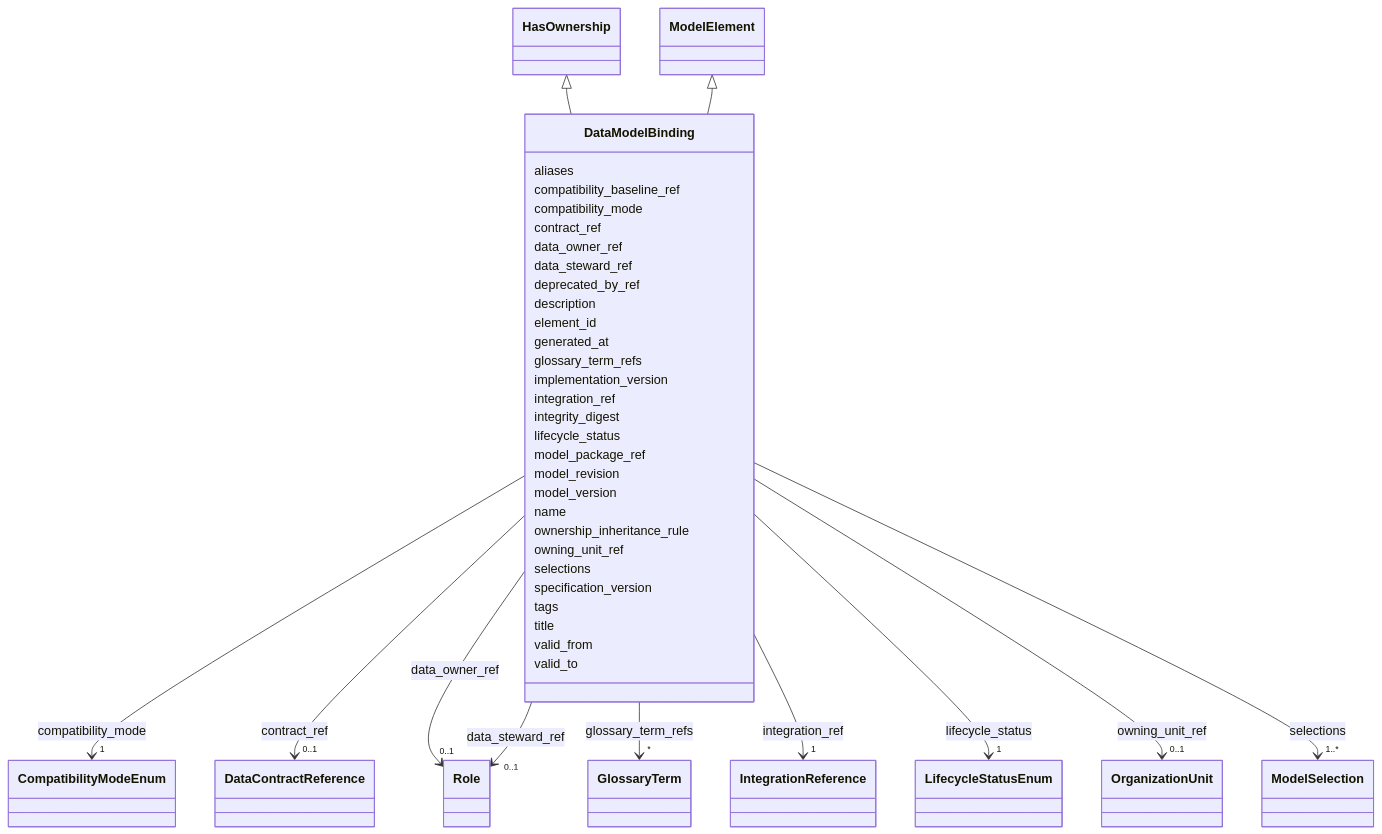
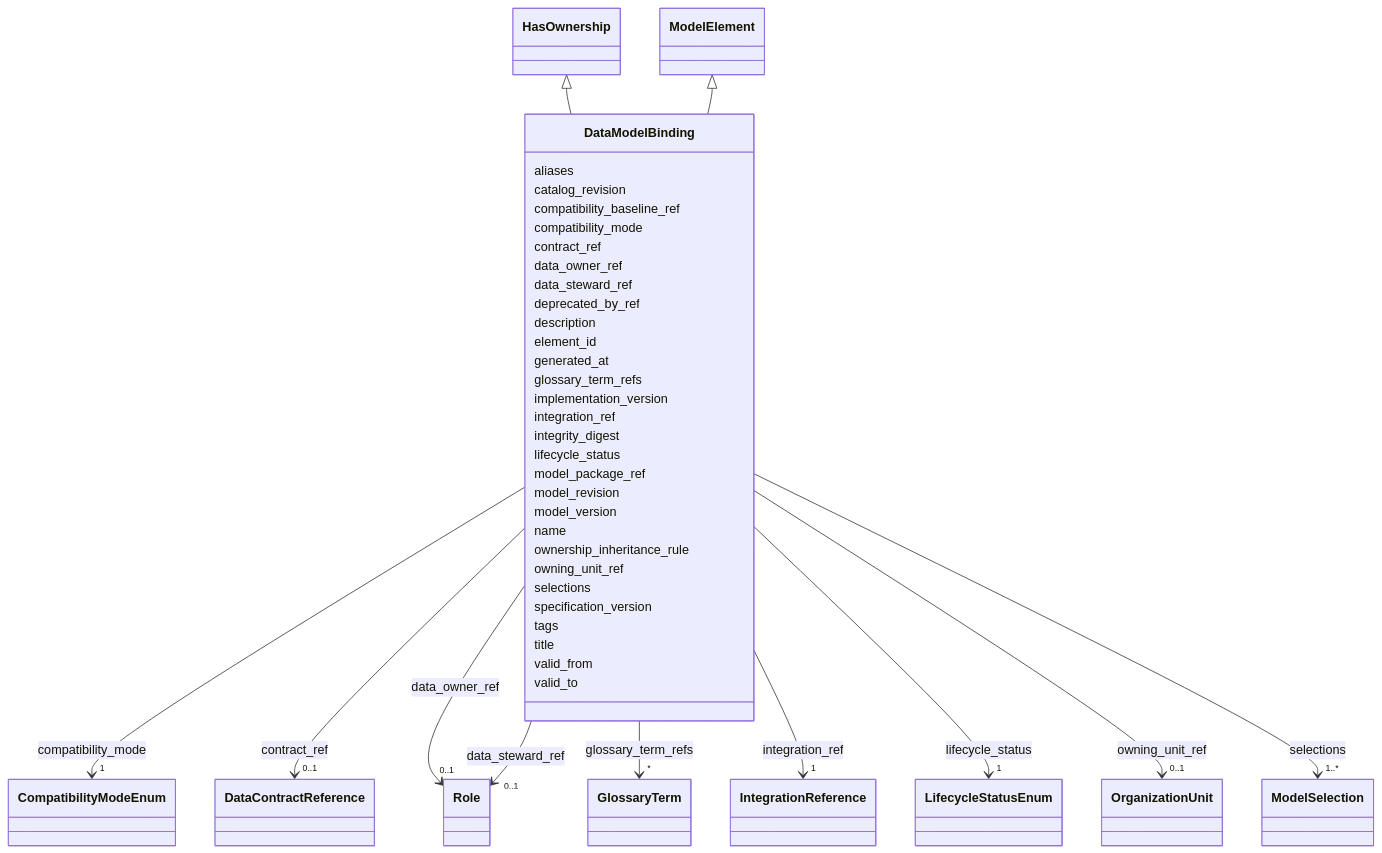
Before and after one commit to oista/moex-data-model: the diagram in generated/artifacts/moex-dams/0.1/diagrams/DataModelBinding.md, drawn with Mermaid. The commit also changed 27 other files, not shown here.

First line of the commit message:
feat(schema): additive topology ownership slots and moex-topology (PR-1)

```diff
--- a/generated/artifacts/moex-dams/0.1/diagrams/DataModelBinding.md
+++ b/generated/artifacts/moex-dams/0.1/diagrams/DataModelBinding.md
@@ -11,6 +11,8 @@
         click ModelElement href "../ModelElement"
       
       DataModelBinding : aliases
+        
+      DataModelBinding : catalog_revision
         
       DataModelBinding : compatibility_baseline_ref
         
```
